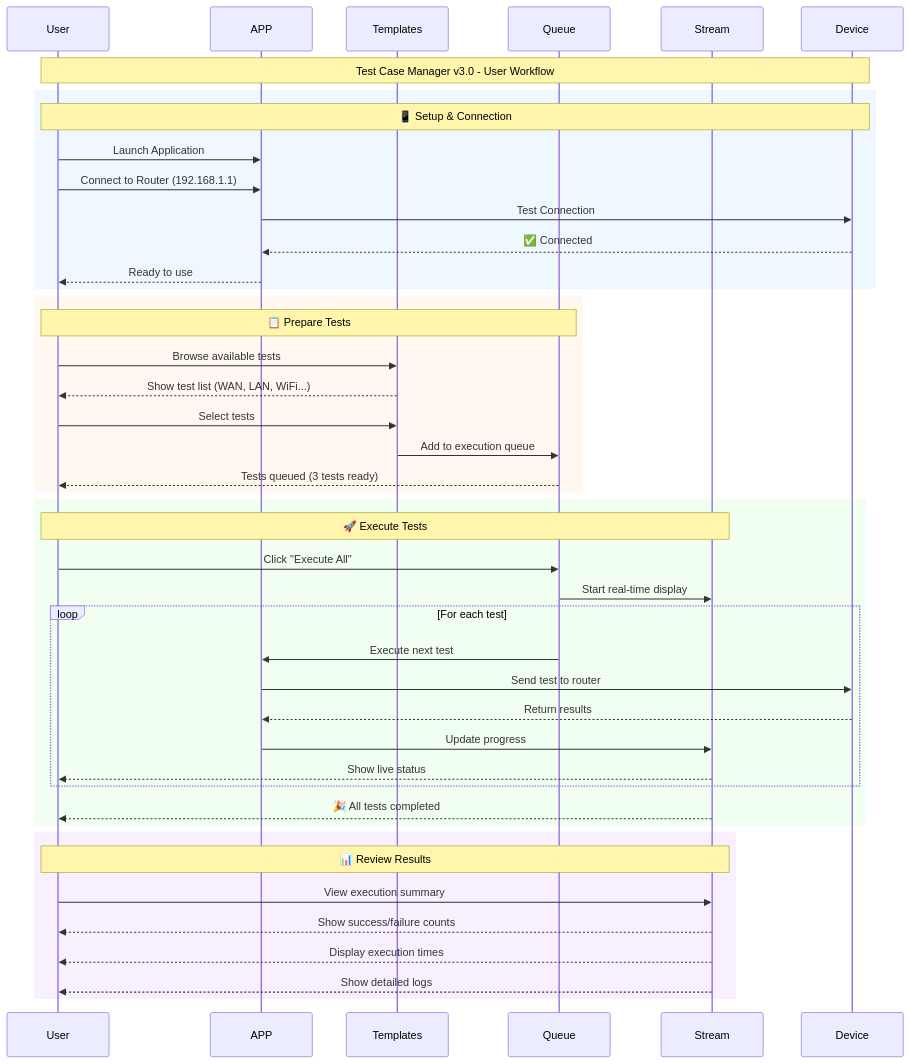
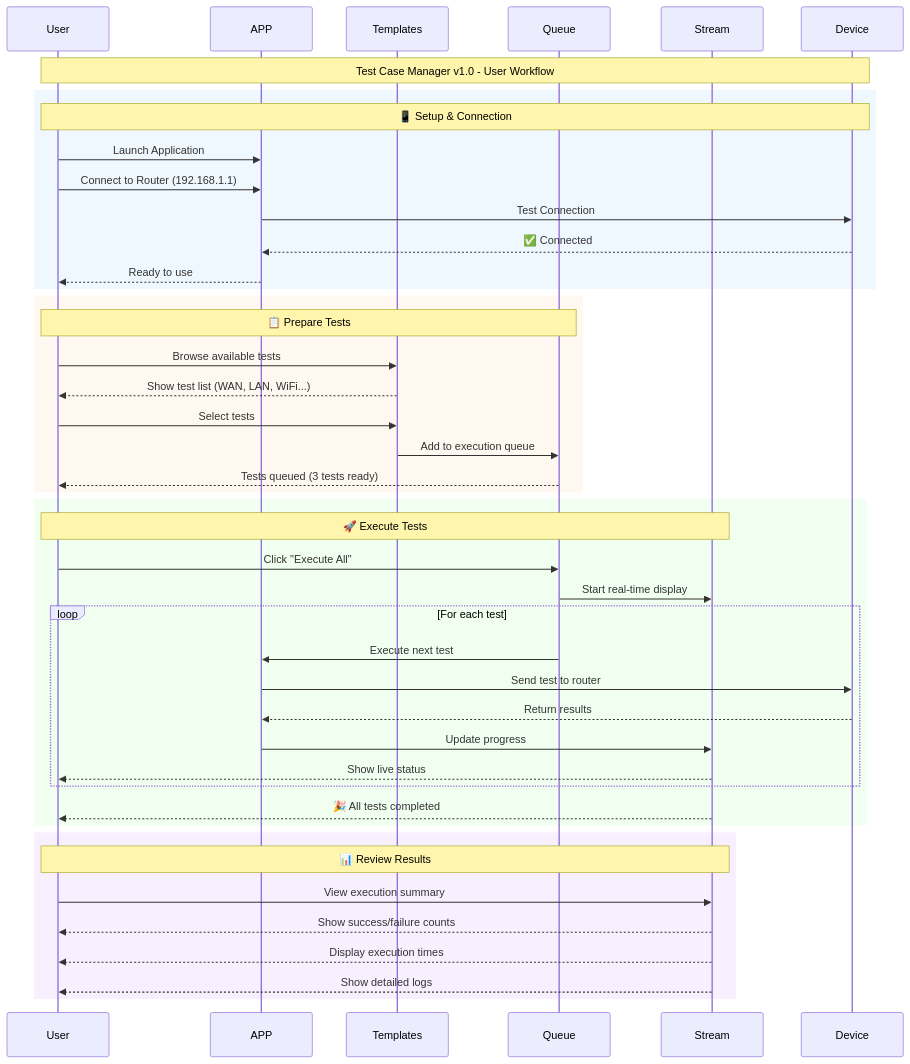
Before and after one commit to juno-kyojin/winapp: the diagram in test_case_manager_v3/README.md, drawn with Mermaid. The commit also changed other lines of this file and 60 other files, not shown here.

````diff
--- a/test_case_manager_v3/README.md
+++ b/test_case_manager_v3/README.md
@@ -251,57 +251,57 @@
 ```mermaid
 sequenceDiagram
     participant User
     participant APP
     participant Templates
     participant Queue
     participant Stream
     participant Device
 
-    Note over User, Device: Test Case Manager v3.0 - User Workflow
+    Note over User, Device: Test Case Manager v1.0 - User Workflow
 
     %% Setup Phase
     rect rgb(240, 248, 255)
         Note over User, Device: 📱 Setup & Connection
         User->>APP: Launch Application
         User->>APP: Connect to Router (192.168.1.1)
         APP->>Device: Test Connection
         Device-->>APP: ✅ Connected
         APP-->>User: Ready to use
     end
 
     %% Test Preparation
     rect rgb(255, 248, 240)
         Note over User, Queue: 📋 Prepare Tests
         User->>Templates: Browse available tests
         Templates-->>User: Show test list (WAN, LAN, WiFi...)
         User->>Templates: Select tests
         Templates->>Queue: Add to execution queue
         Queue-->>User: Tests queued (3 tests ready)
     end
 
     %% Test Execution
     rect rgb(240, 255, 240)
         Note over User, Stream: 🚀 Execute Tests
         User->>Queue: Click "Execute All"
         Queue->>Stream: Start real-time display
 
         loop For each test
             Queue->>APP: Execute next test
             APP->>Device: Send test to router
             Device-->>APP: Return results
             APP->>Stream: Update progress
             Stream-->>User: Show live status
         end
 
         Stream-->>User: 🎉 All tests completed
     end
 
     %% Results Review
     rect rgb(248, 240, 255)
         Note over User, Stream: 📊 Review Results
         User->>Stream: View execution summary
         Stream-->>User: Show success/failure counts
         Stream-->>User: Display execution times
         Stream-->>User: Show detailed logs
     end
 ```
````
